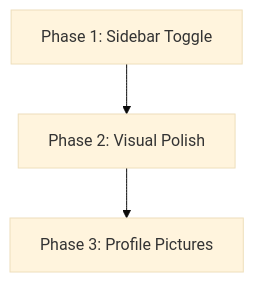
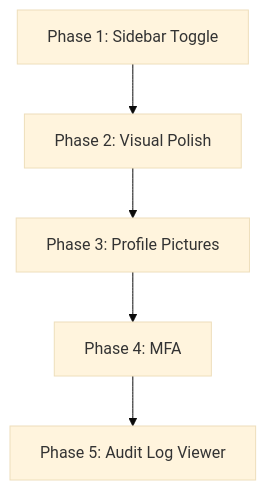
Before and after one commit to Syedali5431/MedyxHMS-ASP.NET: the diagram in docs/UI-ENHANCEMENT-ROADMAP.md, drawn with Mermaid (base theme). The commit also changed other lines of this file and 5 other files, not shown here.

````diff
--- a/docs/UI-ENHANCEMENT-ROADMAP.md
+++ b/docs/UI-ENHANCEMENT-ROADMAP.md
@@ -669,5 +794,7 @@
 ```mermaid
 flowchart TD
     P1[Phase 1: Sidebar Toggle] --> P2[Phase 2: Visual Polish]
     P2 --> P3[Phase 3: Profile Pictures]
+    P3 --> P4[Phase 4: MFA]
+    P4 --> P5[Phase 5: Audit Log Viewer]
 ```
````
